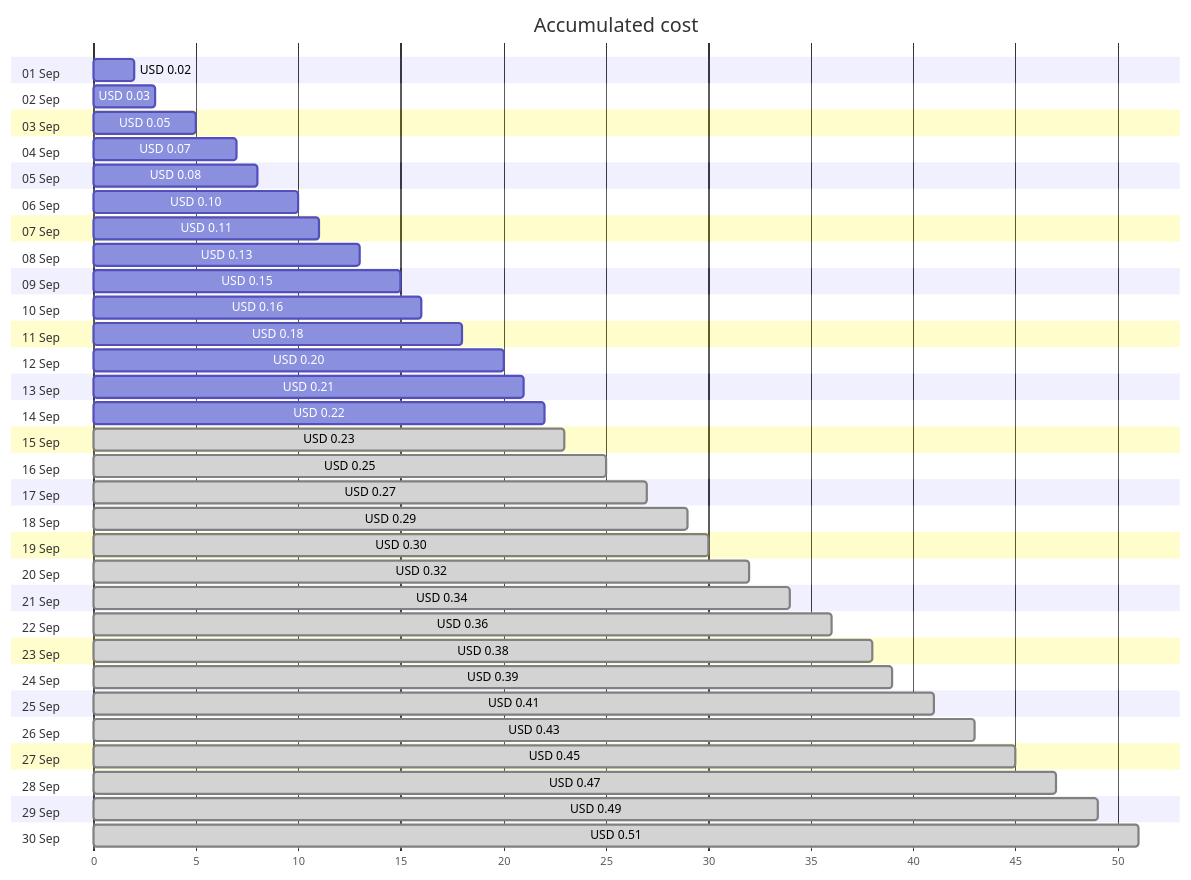
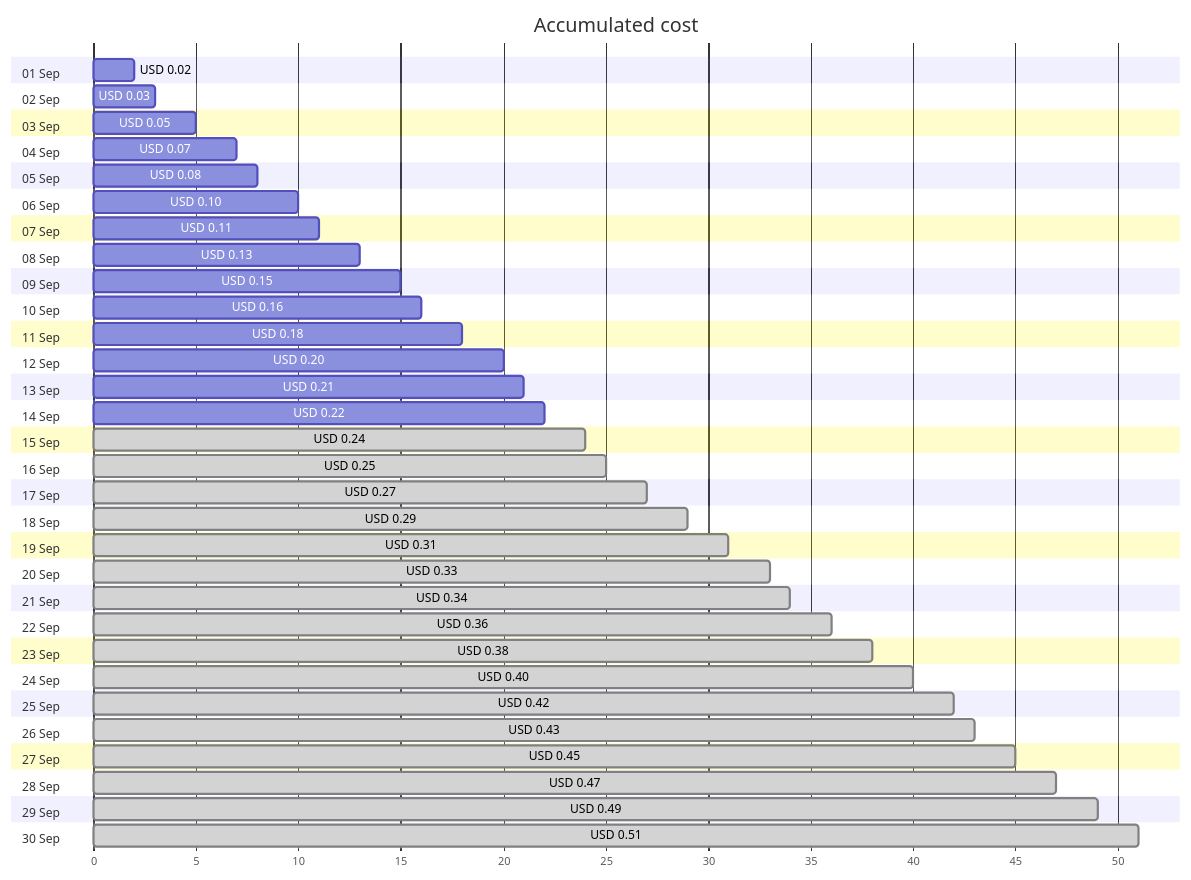
Before and after one commit to jpfulton/azure-personal-reports: the first of 4 diagrams in cost-reports/personal-dns/jpatrickfulton.dev.md, drawn with Mermaid. The commit also changed other lines of this file and 32 other files, not shown here.

````diff
--- a/cost-reports/personal-dns/jpatrickfulton.dev.md
+++ b/cost-reports/personal-dns/jpatrickfulton.dev.md
@@ -20,66 +20,66 @@
 ```mermaid
 gantt
    title Accumulated cost
    dateFormat  X
    axisFormat %s
    section 01 Sep
    USD 0.02 :0, 2
    section 02 Sep
    USD 0.03 :0, 3
    section 03 Sep
    USD 0.05 :0, 5
    section 04 Sep
    USD 0.07 :0, 7
    section 05 Sep
    USD 0.08 :0, 8
    section 06 Sep
    USD 0.10 :0, 10
    section 07 Sep
    USD 0.11 :0, 11
    section 08 Sep
    USD 0.13 :0, 13
    section 09 Sep
    USD 0.15 :0, 15
    section 10 Sep
    USD 0.16 :0, 16
    section 11 Sep
    USD 0.18 :0, 18
    section 12 Sep
    USD 0.20 :0, 20
    section 13 Sep
    USD 0.21 :0, 21
    section 14 Sep
    USD 0.22 :0, 22
    section 15 Sep
-   USD 0.23 : done, 0, 23
+   USD 0.24 : done, 0, 24
    section 16 Sep
    USD 0.25 : done, 0, 25
    section 17 Sep
    USD 0.27 : done, 0, 27
    section 18 Sep
    USD 0.29 : done, 0, 29
    section 19 Sep
-   USD 0.30 : done, 0, 30
+   USD 0.31 : done, 0, 31
    section 20 Sep
-   USD 0.32 : done, 0, 32
+   USD 0.33 : done, 0, 33
    section 21 Sep
    USD 0.34 : done, 0, 34
    section 22 Sep
    USD 0.36 : done, 0, 36
    section 23 Sep
    USD 0.38 : done, 0, 38
    section 24 Sep
-   USD 0.39 : done, 0, 39
+   USD 0.40 : done, 0, 40
    section 25 Sep
-   USD 0.41 : done, 0, 41
+   USD 0.42 : done, 0, 42
    section 26 Sep
    USD 0.43 : done, 0, 43
    section 27 Sep
    USD 0.45 : done, 0, 45
    section 28 Sep
    USD 0.47 : done, 0, 47
    section 29 Sep
    USD 0.49 : done, 0, 49
    section 30 Sep
    USD 0.51 : done, 0, 51
 ```
````
